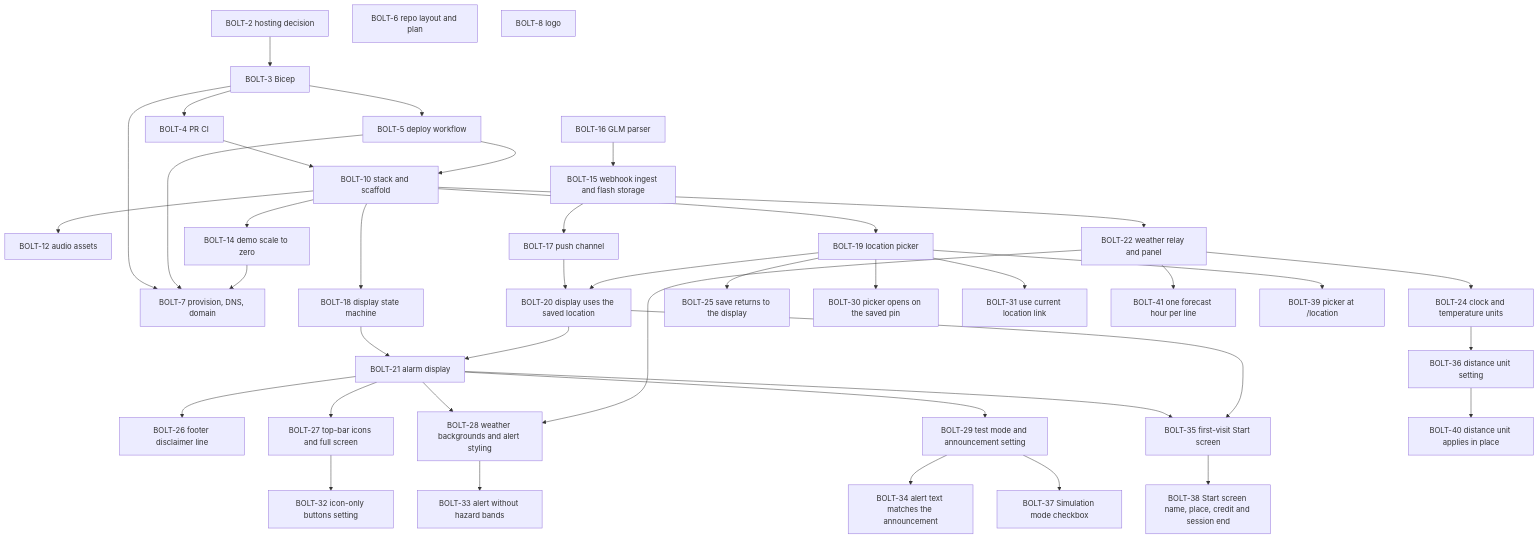
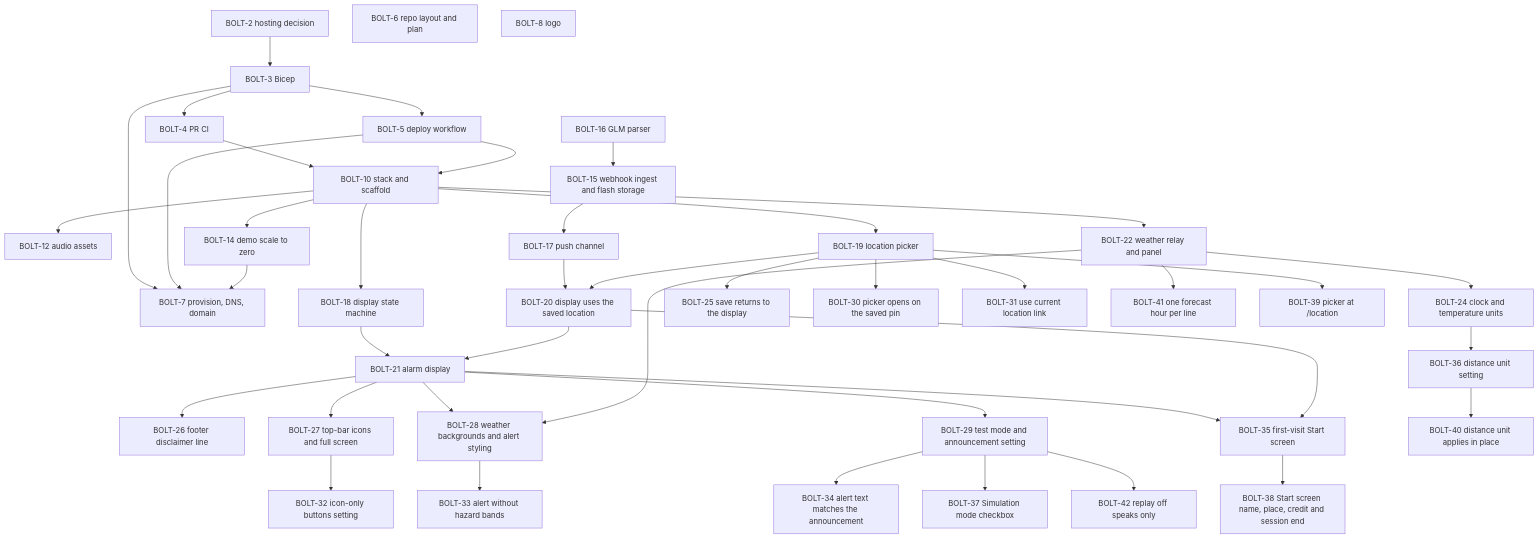
Before and after one commit to henrique-meyer/boltclock: the diagram in docs/plan.md, drawn with Mermaid. The commit also changed other lines of this file and 7 other files, not shown here.

First line of the commit message:
BOLT-42 Replay off: a new strike during a countdown speaks the announcement only

````diff
--- a/docs/plan.md
+++ b/docs/plan.md
@@ -15,78 +15,80 @@
 ```mermaid
 flowchart TD
   s2[BOLT-2 hosting decision]
   s3[BOLT-3 Bicep]
   s4[BOLT-4 PR CI]
   s5[BOLT-5 deploy workflow]
   s6[BOLT-6 repo layout and plan]
   s7[BOLT-7 provision, DNS, domain]
   s8[BOLT-8 logo]
   s10[BOLT-10 stack and scaffold]
   s12[BOLT-12 audio assets]
   s14[BOLT-14 demo scale to zero]
   s15[BOLT-15 webhook ingest and flash storage]
   s16[BOLT-16 GLM parser]
   s17[BOLT-17 push channel]
   s18[BOLT-18 display state machine]
   s19[BOLT-19 location picker]
   s20[BOLT-20 display uses the saved location]
   s21[BOLT-21 alarm display]
   s22[BOLT-22 weather relay and panel]
   s24[BOLT-24 clock and temperature units]
   s25[BOLT-25 save returns to the display]
   s26[BOLT-26 footer disclaimer line]
   s27[BOLT-27 top-bar icons and full screen]
   s28[BOLT-28 weather backgrounds and alert styling]
   s30[BOLT-30 picker opens on the saved pin]
   s29[BOLT-29 test mode and announcement setting]
   s32[BOLT-32 icon-only buttons setting]
   s31[BOLT-31 use current location link]
   s33[BOLT-33 alert without hazard bands]
   s34[BOLT-34 alert text matches the announcement]
   s35[BOLT-35 first-visit Start screen]
   s36[BOLT-36 distance unit setting]
   s38[BOLT-38 Start screen name, place, credit and session end]
   s37[BOLT-37 Simulation mode checkbox]
   s40[BOLT-40 distance unit applies in place]
   s41[BOLT-41 one forecast hour per line]
   s39[BOLT-39 picker at /location]
+  s42[BOLT-42 replay off speaks only]
   s2 --> s3
   s4 --> s10
   s5 --> s10
   s3 --> s4
   s3 --> s5
   s3 --> s7
   s5 --> s7
   s10 --> s12
   s10 --> s14
   s14 --> s7
   s16 --> s15
   s15 --> s17
   s10 --> s18
   s10 --> s19
   s17 --> s20
   s19 --> s20
   s18 --> s21
   s20 --> s21
   s10 --> s22
   s22 --> s24
   s19 --> s25
   s21 --> s26
   s21 --> s27
   s21 --> s28
   s22 --> s28
   s19 --> s30
   s21 --> s29
   s27 --> s32
   s19 --> s31
   s28 --> s33
   s29 --> s34
   s21 --> s35
   s20 --> s35
   s24 --> s36
   s35 --> s38
   s29 --> s37
   s36 --> s40
   s22 --> s41
   s19 --> s39
+  s29 --> s42
 ```
````
